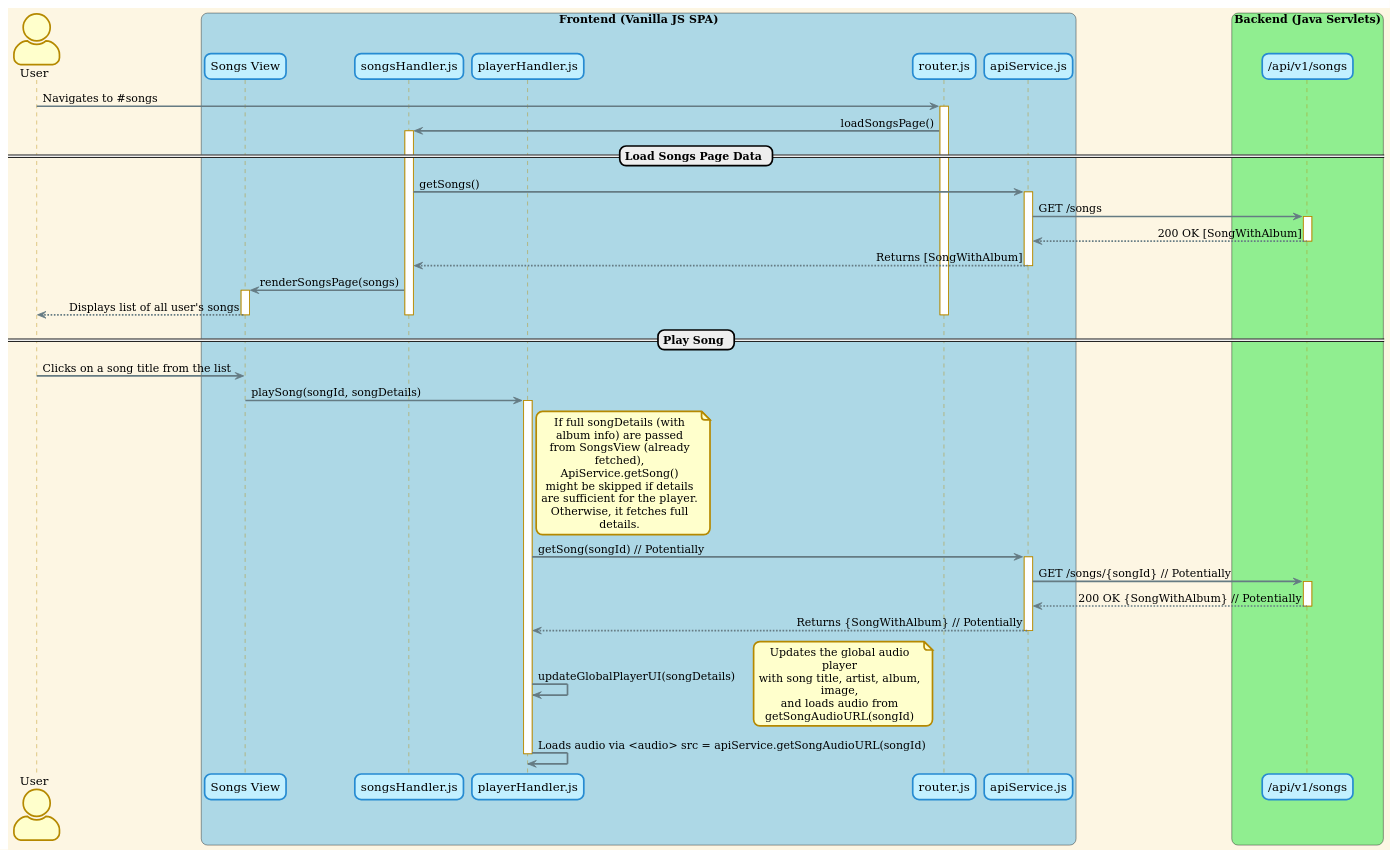
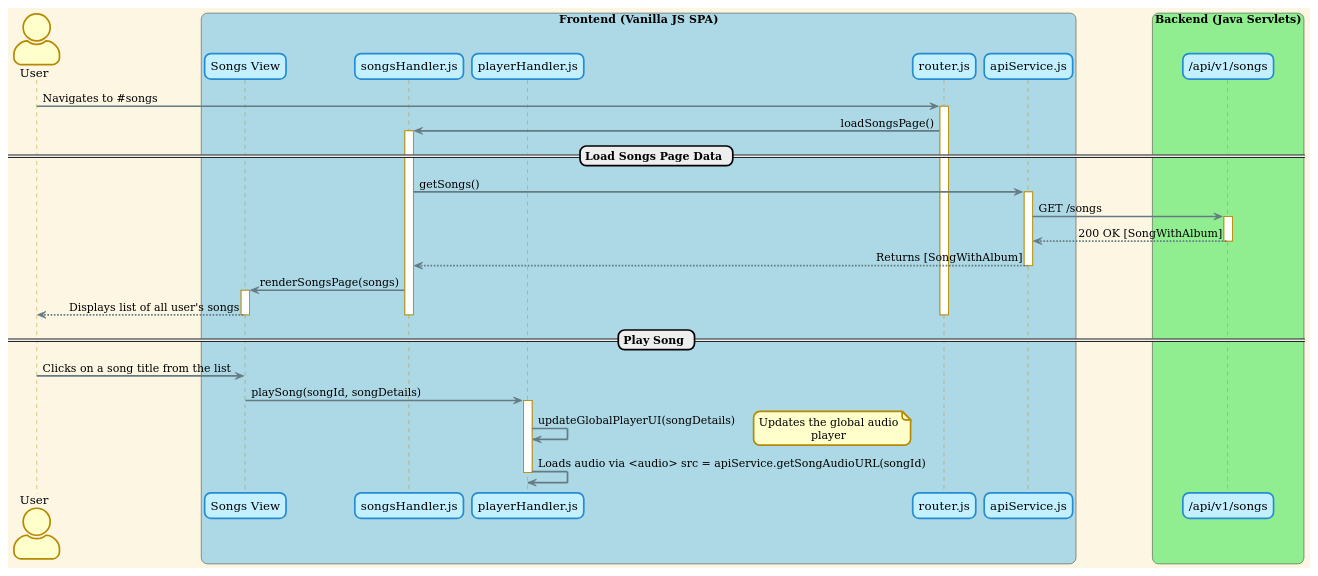
Before and after one commit to Janoww/TIW2015-spolify: the diagram in design/asciidoc/puml/flows/songs_page_flow.puml, drawn with PlantUML. The commit also changed 4 other files, not shown here.

Commit message:
docs: updated flows

```diff
--- a/design/asciidoc/puml/flows/songs_page_flow.puml
+++ b/design/asciidoc/puml/flows/songs_page_flow.puml
@@ -1,64 +1,50 @@
 @startuml
 !theme sunlust
 actor User
 
 box "Frontend (Vanilla JS SPA)" #LightBlue
   participant "Songs View" as SongsView
   participant "songsHandler.js" as SongsHandler
   participant "playerHandler.js" as PlayerHandler
   participant "router.js" as Router
   participant "apiService.js" as ApiService
 end box
 
 box "Backend (Java Servlets)" #LightGreen
   participant "/api/v1/songs" as SongServlet
 end box
 
 User -> Router : Navigates to #songs
 activate Router
 Router -> SongsHandler : loadSongsPage()
 activate SongsHandler
 
 == Load Songs Page Data ==
 SongsHandler -> ApiService : getSongs()
 activate ApiService
 ApiService -> SongServlet : GET /songs
 activate SongServlet
 SongServlet --> ApiService : 200 OK [SongWithAlbum]
 deactivate SongServlet
 ApiService --> SongsHandler : Returns [SongWithAlbum]
 deactivate ApiService
 
 SongsHandler -> SongsView : renderSongsPage(songs)
 activate SongsView
 SongsView --> User : Displays list of all user's songs
 deactivate SongsView
 deactivate SongsHandler
 deactivate Router
 
 == Play Song ==
 User -> SongsView : Clicks on a song title from the list
 SongsView -> PlayerHandler : playSong(songId, songDetails)
 activate PlayerHandler
-note right PlayerHandler
-  If full songDetails (with album info) are passed
-  from SongsView (already fetched), ApiService.getSong()
-  might be skipped if details are sufficient for the player.
-  Otherwise, it fetches full details.
-end note
-PlayerHandler -> ApiService : getSong(songId) // Potentially
-activate ApiService
-ApiService -> SongServlet : GET /songs/{songId} // Potentially
-activate SongServlet
-SongServlet --> ApiService : 200 OK {SongWithAlbum} // Potentially
-deactivate SongServlet
-ApiService --> PlayerHandler : Returns {SongWithAlbum} // Potentially
-deactivate ApiService
 
 PlayerHandler -> PlayerHandler : updateGlobalPlayerUI(songDetails)
-note right: Updates the global audio player\nwith song title, artist, album, image,\nand loads audio from getSongAudioURL(songId)
+note right: Updates the global audio player
 PlayerHandler -> PlayerHandler : Loads audio via <audio> src = apiService.getSongAudioURL(songId)
 
 deactivate PlayerHandler
 
 @enduml
```
